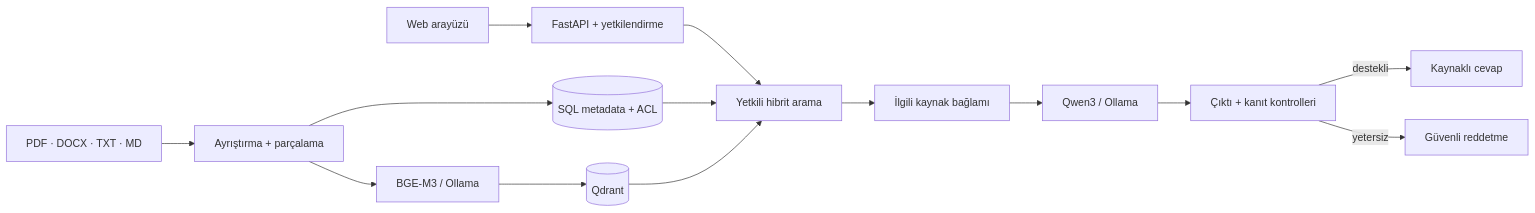
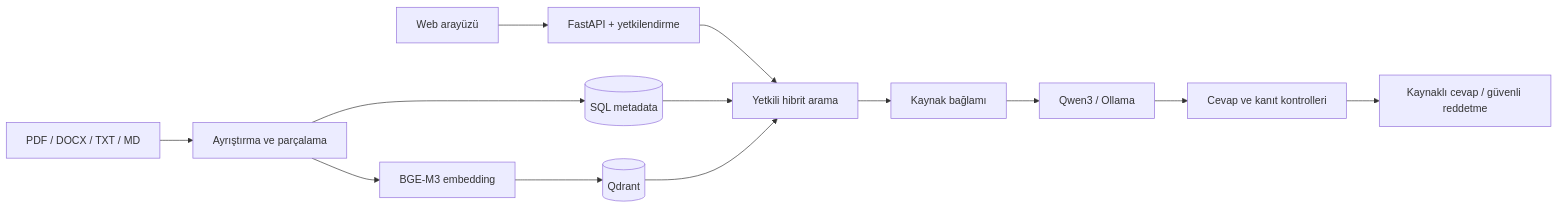
One commit to bekiroruk/LLM_dersatlas changed the diagram in README.md. Above: the diagram before and after it, drawn with Mermaid. The commit also changed other lines of this file, not shown here.

````diff
--- a/README.md
+++ b/README.md
@@ -48,17 +33,16 @@
 ```mermaid
 flowchart LR
-    D["PDF · DOCX · TXT · MD"] --> P["Ayrıştırma + parçalama"]
-    P --> S[("SQL metadata + ACL")]
-    P --> E["BGE-M3 / Ollama"]
-    E --> V[("Qdrant")]
+    A["PDF / DOCX / TXT / MD"] --> B["Ayrıştırma ve parçalama"]
+    B --> C[("SQL metadata")]
+    B --> D["BGE-M3 embedding"]
+    D --> E[("Qdrant")]
 
-    U["Web arayüzü"] --> A["FastAPI + yetkilendirme"]
-    A --> R["Yetkili hibrit arama"]
-    S --> R
-    V --> R
-    R --> C["İlgili kaynak bağlamı"]
-    C --> L["Qwen3 / Ollama"]
-    L --> K["Çıktı + kanıt kontrolleri"]
-    K -->|"destekli"| O["Kaynaklı cevap"]
-    K -->|"yetersiz"| X["Güvenli reddetme"]
+    U["Web arayüzü"] --> F["FastAPI + yetkilendirme"]
+    F --> G["Yetkili hibrit arama"]
+    C --> G
+    E --> G
+    G --> H["Kaynak bağlamı"]
+    H --> I["Qwen3 / Ollama"]
+    I --> J["Cevap ve kanıt kontrolleri"]
+    J --> K["Kaynaklı cevap / güvenli reddetme"]
 ```
````
